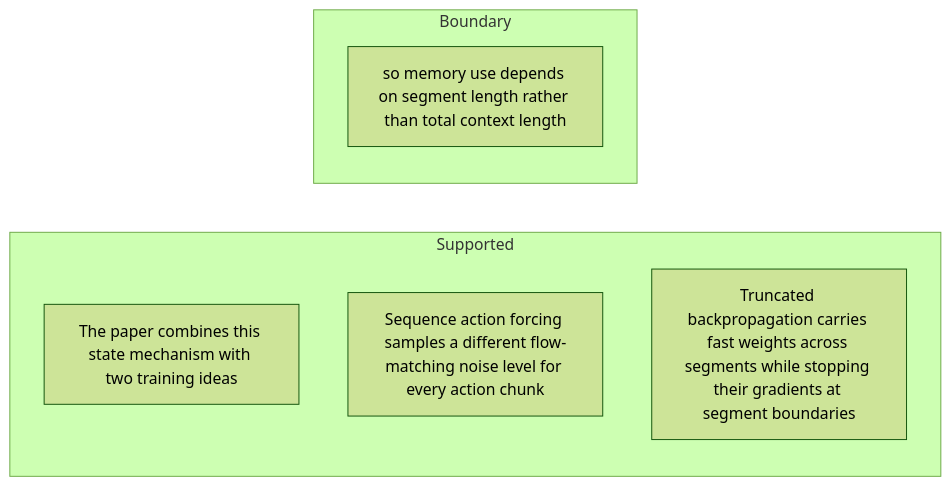
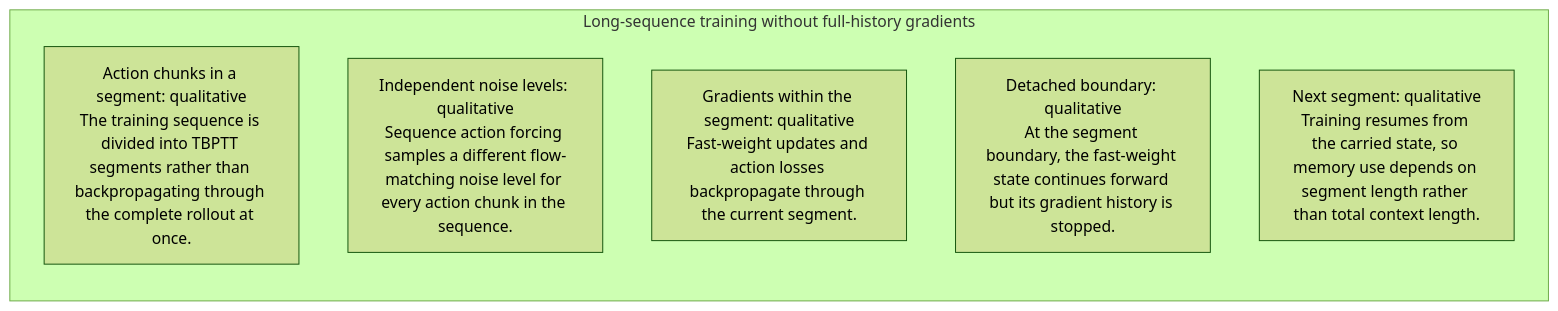
Diagram 12 of 48 in docs/visual-manifests/VISUAL_MANIFEST_ROBOTT.md (Betancourt1/paper_atlas), drawn with Mermaid (forest theme) before and after one commit. The commit also changed other lines of this file and 7 other files, not shown here.

````diff
--- a/docs/visual-manifests/VISUAL_MANIFEST_ROBOTT.md
+++ b/docs/visual-manifests/VISUAL_MANIFEST_ROBOTT.md
@@ -916,11 +934,10 @@
 ```mermaid
 flowchart LR
-  subgraph Supported
-    a1["The paper combines this state mechanism with two training ideas"]
-    a2["Sequence action forcing samples a different flow-matching noise level for every action chunk"]
-    a3["Truncated backpropagation carries fast weights across segments while stopping their gradients at segment boundaries"]
-  end
-  subgraph Boundary
-    b1["so memory use depends on segment length rather than total context length"]
+  subgraph p1["Long-sequence training without full-history gradients"]
+    p1r1["Action chunks in a segment: qualitative<br/>The training sequence is divided into TBPTT segments rather than backpropagating through the complete rollout at once."]
+    p1r2["Independent noise levels: qualitative<br/>Sequence action forcing samples a different flow-matching noise level for every action chunk in the sequence."]
+    p1r3["Gradients within the segment: qualitative<br/>Fast-weight updates and action losses backpropagate through the current segment."]
+    p1r4["Detached boundary: qualitative<br/>At the segment boundary, the fast-weight state continues forward but its gradient history is stopped."]
+    p1r5["Next segment: qualitative<br/>Training resumes from the carried state, so memory use depends on segment length rather than total context length."]
   end
 ```
````
